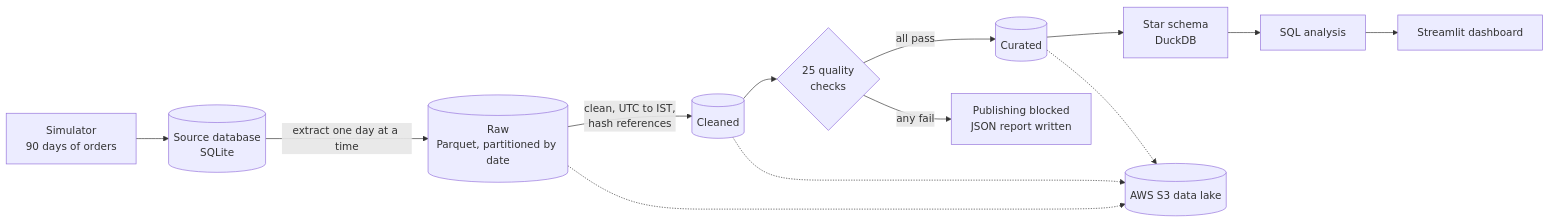
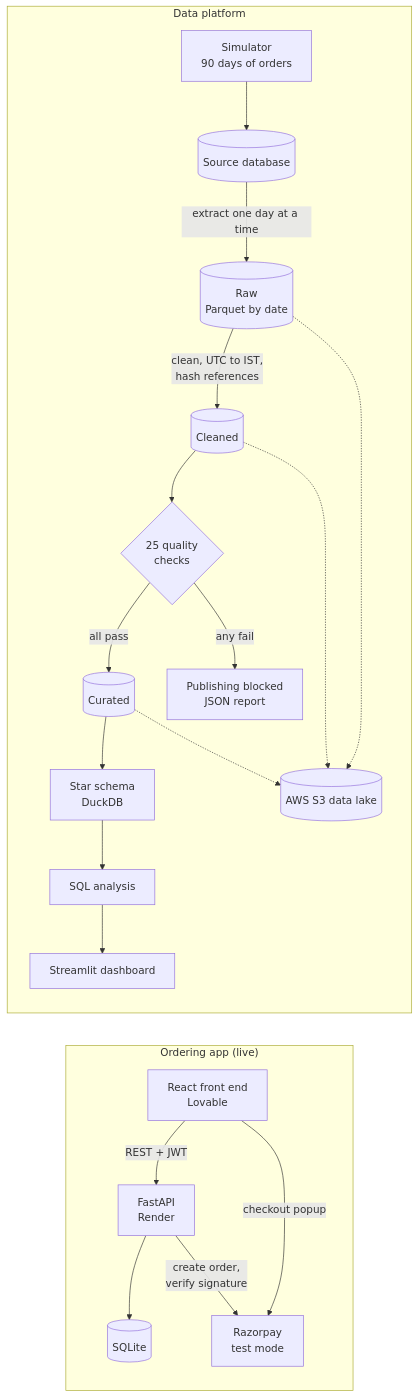
One commit to Bhavyarathore21/canteen-cravs changed the diagram in README.md. Above: the diagram before and after it, drawn with Mermaid. The commit also changed other lines of this file, not shown here.

Commit message:
Final README with live links, screenshots and payment design

````diff
--- a/README.md
+++ b/README.md
@@ -49,15 +92,23 @@
 ```mermaid
 flowchart LR
-    SIM[Simulator<br/>90 days of orders] --> SRC[(Source database<br/>SQLite)]
-    SRC -->|extract one day at a time| RAW[(Raw<br/>Parquet, partitioned by date)]
-    RAW -->|clean, UTC to IST,<br/>hash references| CLEAN[(Cleaned)]
-    CLEAN --> QC{25 quality<br/>checks}
-    QC -->|all pass| CUR[(Curated)]
-    QC -->|any fail| BLOCK[Publishing blocked<br/>JSON report written]
-    CUR --> DW[Star schema<br/>DuckDB]
-    DW --> SQL[SQL analysis]
-    SQL --> DASH[Streamlit dashboard]
-    RAW -.-> S3[(AWS S3 data lake)]
-    CLEAN -.-> S3
-    CUR -.-> S3
+    subgraph APP["Ordering app (live)"]
+        UI["React front end<br/>Lovable"] -->|"REST + JWT"| API["FastAPI<br/>Render"]
+        API --> DB[("SQLite")]
+        UI -->|"checkout popup"| RZP["Razorpay<br/>test mode"]
+        API -->|"create order,<br/>verify signature"| RZP
+    end
+    subgraph DATA["Data platform"]
+        SIM["Simulator<br/>90 days of orders"] --> SRC[("Source database")]
+        SRC -->|"extract one day at a time"| RAW[("Raw<br/>Parquet by date")]
+        RAW -->|"clean, UTC to IST,<br/>hash references"| CLEAN[("Cleaned")]
+        CLEAN --> QC{"25 quality<br/>checks"}
+        QC -->|"all pass"| CUR[("Curated")]
+        QC -->|"any fail"| BLOCK["Publishing blocked<br/>JSON report"]
+        CUR --> DW["Star schema<br/>DuckDB"]
+        DW --> SQL["SQL analysis"]
+        SQL --> DASH["Streamlit dashboard"]
+        RAW -.-> S3[("AWS S3 data lake")]
+        CLEAN -.-> S3
+        CUR -.-> S3
+    end
 ```
````
